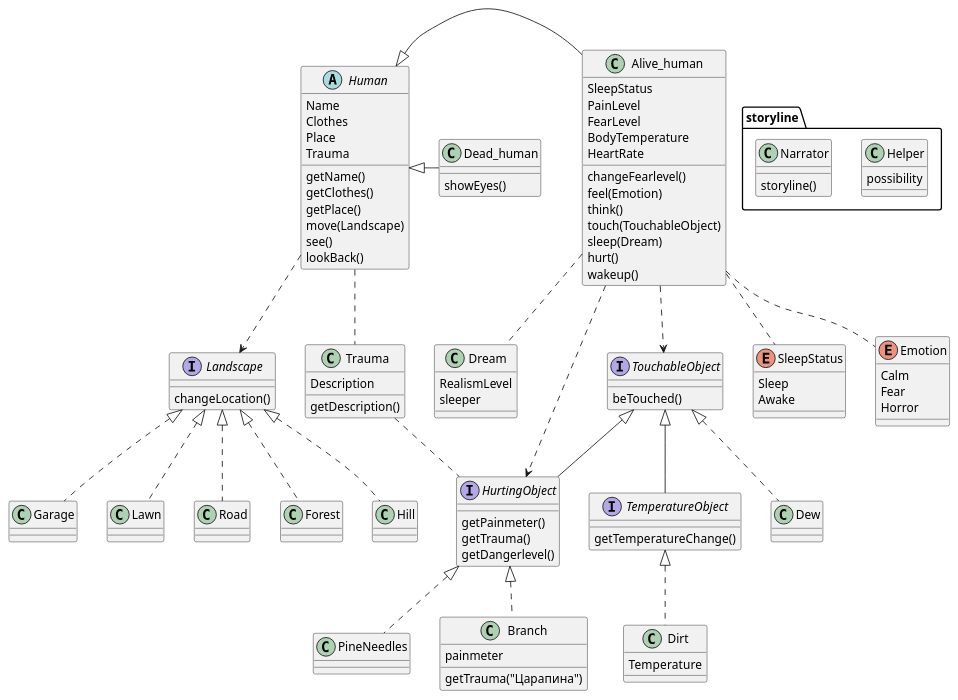
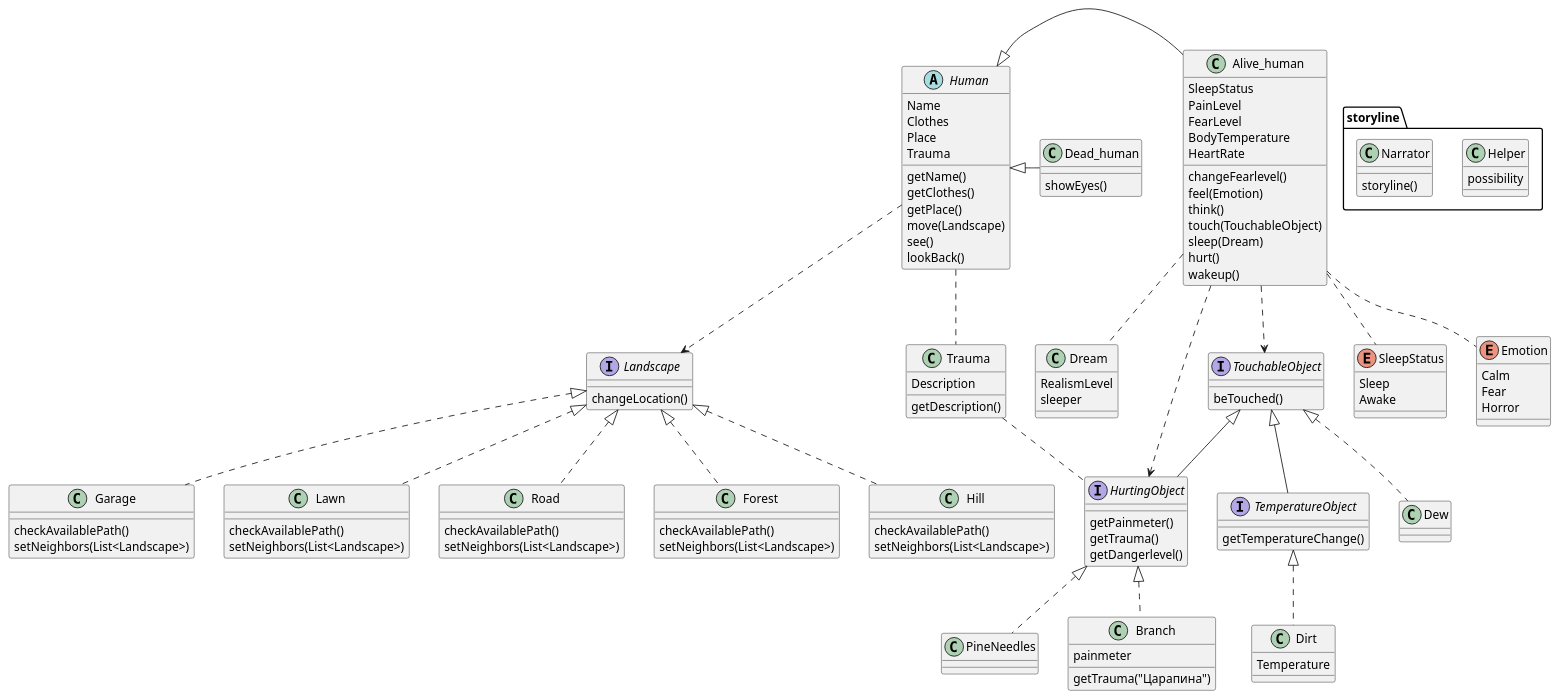
The diagram in src/Projeect_v2.puml (Egorcheek/ANOTHER-LAB-3), drawn with PlantUML before and after one commit. The commit also changed 14 other files, not shown here.

```diff
--- a/src/Projeect_v2.puml
+++ b/src/Projeect_v2.puml
@@ -1,123 +1,144 @@
 @startuml
 'https://plantuml.com/class-diagram
 
 class Dead_human {
 
 
 showEyes()
 
 }
 class Dream{
 RealismLevel
 sleeper
 }
 
 abstract class Human {
 Name
 Clothes
 Place
 Trauma
 
 getName()
 getClothes()
 getPlace()
 move(Landscape)
 see()
 lookBack()
 }
 
 class Trauma{
    Description
    getDescription()
 }
 
 class storyline.Helper{
 possibility
 }
 
 Human <|- Alive_human
 Human <|- Dead_human
 
 
 Alive_human .. Dream
 Alive_human ..> TouchableObject
 Alive_human ..> HurtingObject
 TouchableObject <|-- HurtingObject
 TouchableObject <|-- TemperatureObject
 
 Human ..> Landscape
 
 TouchableObject <|.. Dew
 TemperatureObject <|.. Dirt
 HurtingObject <|.. PineNeedles
 HurtingObject <|.. Branch
 Landscape <|.. Garage
 Landscape <|.. Lawn
 Landscape <|.. Road
 Landscape <|.. Forest
 Landscape <|.. Hill
 Alive_human .. SleepStatus
 Alive_human .. Emotion
 Human .. Trauma
 Trauma .. HurtingObject
 
 class Alive_human {
 SleepStatus
 PainLevel
 FearLevel
 BodyTemperature
 HeartRate
 
 changeFearlevel()
 feel(Emotion)
 think()
 touch(TouchableObject)
 sleep(Dream)
 hurt()
 wakeup()
 }
 
 class storyline.Narrator{
 storyline()
 }
 
 
 interface TouchableObject {
 beTouched()
 }
 
 interface TemperatureObject{
 getTemperatureChange()
 }
 
 interface HurtingObject {
 getPainmeter()
 getTrauma()
 getDangerlevel()
 }
 class Branch{
 painmeter
 getTrauma("Царапина")
 }
 
 interface Landscape {
 changeLocation()
 }
 
 enum SleepStatus {
 Sleep
 Awake
 }
 
 enum Emotion {
 Calm
 Fear
 Horror
 }
 
 class Dirt {
 Temperature
 }
 
+class Garage {
+checkAvailablePath()
+setNeighbors(List<Landscape>)
+}
+class Lawn {
+checkAvailablePath()
+setNeighbors(List<Landscape>)
+}
+class Road {
+checkAvailablePath()
+setNeighbors(List<Landscape>)
+}
+class Forest {
+checkAvailablePath()
+setNeighbors(List<Landscape>)
+}
+class Hill {
+checkAvailablePath()
+setNeighbors(List<Landscape>)
+}
+
 
 @enduml
```
